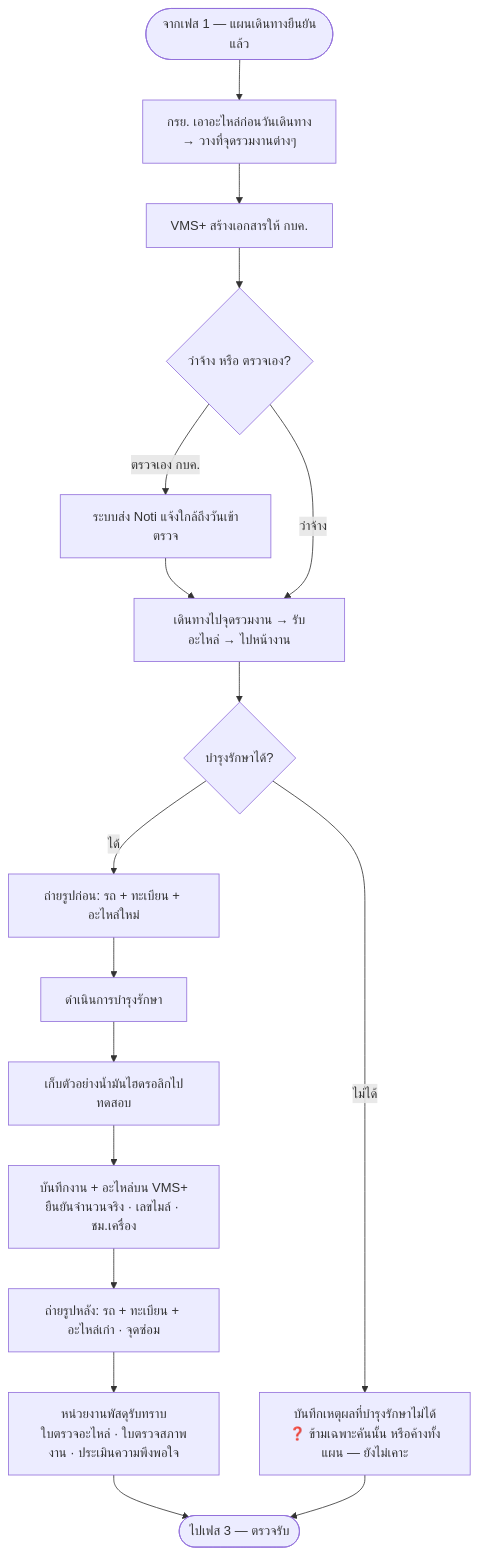
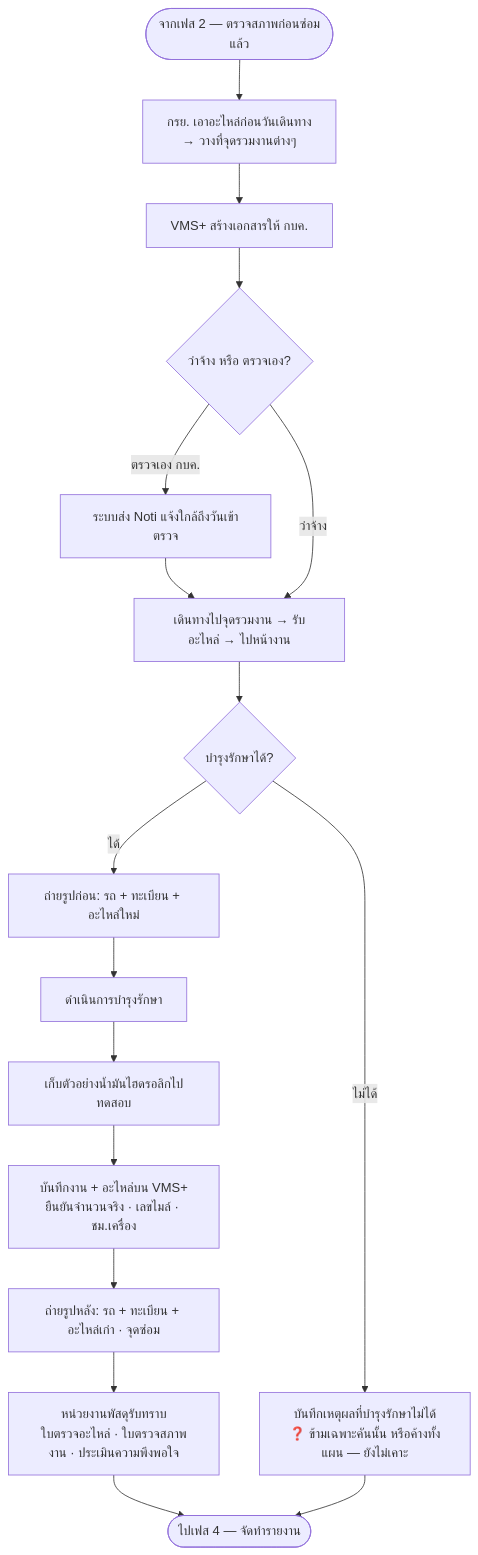
Before and after one commit to anugmail/Maintenance-Request-Form: the diagram in Diagram/01-บำรุงรักษาตามวาระ/03-เฟส2-ดำเนินการบำรุงรักษา.md, drawn with Mermaid. The commit also changed other lines of this file and 14 other files, not shown here.

````diff
--- a/Diagram/01-บำรุงรักษาตามวาระ/03-เฟส2-ดำเนินการบำรุงรักษา.md
+++ b/Diagram/01-บำรุงรักษาตามวาระ/03-เฟส2-ดำเนินการบำรุงรักษา.md
@@ -9,19 +12,19 @@
 ```mermaid
 flowchart TB
-    S([จากเฟส 1 — แผนเดินทางยืนยันแล้ว]) --> P[กรย. เอาอะไหล่ก่อนวันเดินทาง<br/>→ วางที่จุดรวมงานต่างๆ]
+    S([จากเฟส 2 — ตรวจสภาพก่อนซ่อมแล้ว]) --> P[กรย. เอาอะไหล่ก่อนวันเดินทาง<br/>→ วางที่จุดรวมงานต่างๆ]
     P --> Q[VMS+ สร้างเอกสารให้ กบค.]
     Q --> D{ว่าจ้าง หรือ ตรวจเอง?}
     D -->|ตรวจเอง กบค.| N0[ระบบส่ง Noti แจ้งใกล้ถึงวันเข้าตรวจ]
     N0 --> R[เดินทางไปจุดรวมงาน → รับอะไหล่ → ไปหน้างาน]
     D -->|ว่าจ้าง| R
     R --> DEC{บำรุงรักษาได้?}
     DEC -->|ไม่ได้| X["บันทึกเหตุผลที่บำรุงรักษาไม่ได้<br/>❓ ข้ามเฉพาะคันนั้น หรือค้างทั้งแผน — ยังไม่เคาะ"]
     DEC -->|ได้| C1[ถ่ายรูปก่อน: รถ + ทะเบียน + อะไหล่ใหม่]
     C1 --> C2[ดำเนินการบำรุงรักษา]
     C2 --> C3[เก็บตัวอย่างน้ำมันไฮดรอลิกไปทดสอบ]
     C3 --> C4[บันทึกงาน + อะไหล่บน VMS+<br/>ยืนยันจำนวนจริง · เลขไมล์ · ชม.เครื่อง]
     C4 --> C5[ถ่ายรูปหลัง: รถ + ทะเบียน + อะไหล่เก่า · จุดซ่อม]
     C5 --> C6[หน่วยงานพัสดุรับทราบ<br/>ใบตรวจอะไหล่ · ใบตรวจสภาพงาน · ประเมินความพึงพอใจ]
-    C6 --> E([ไปเฟส 3 — ตรวจรับ])
+    C6 --> E([ไปเฟส 4 — จัดทำรายงาน])
     X --> E
 ```
````
